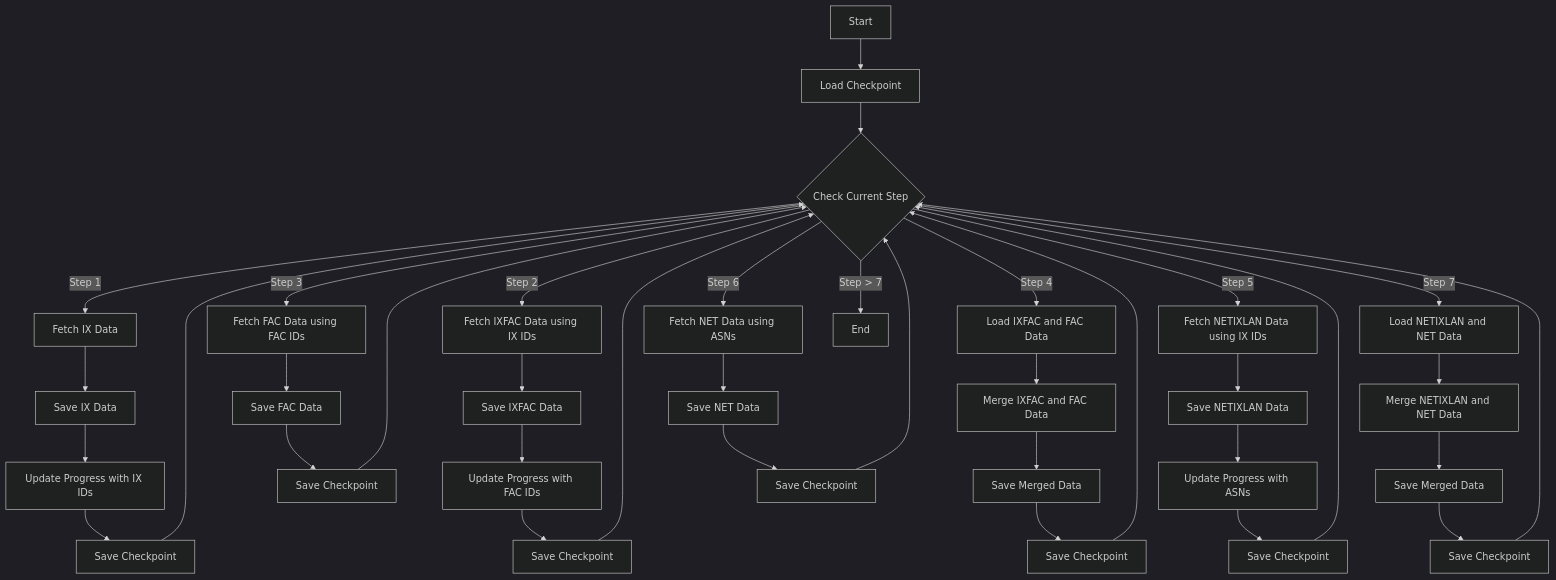
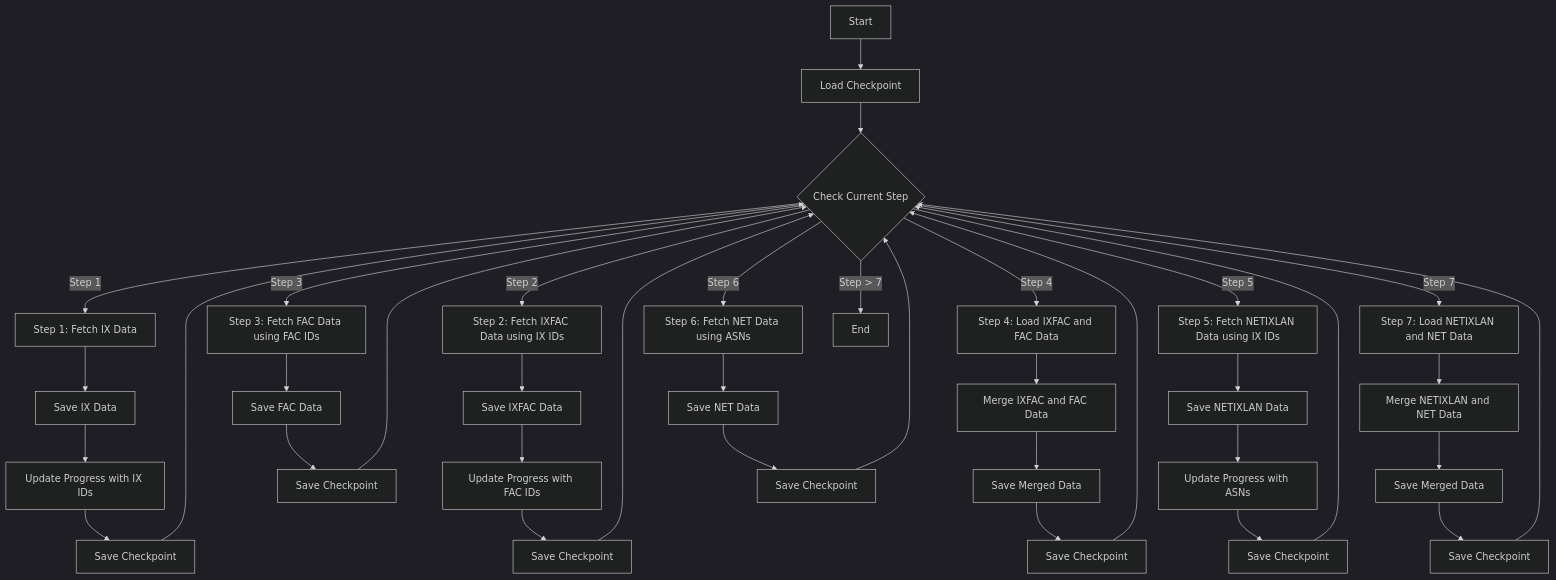
The second of 2 diagrams in PROJECT.md (ibebrasil/ix.br-network-traffic-capacity-analysis), drawn with Mermaid (dark theme) before and after one commit. The commit also changed other lines of this file, not shown here.

Commit message:
feat: Improve macro algorithm flow with detailed steps

````diff
--- a/PROJECT.md
+++ b/PROJECT.md
@@ -31,47 +41,86 @@
 ```mermaid
 graph TD
-    A[Start] --> B[Load Checkpoint]
-    B --> C{Check Current Step}
+    A[Start]
+    B[Load Checkpoint]
+    C{Check Current Step}
     
-    C -->|Step 1| D1[Fetch IX Data]
-    D1 --> E1[Save IX Data]
-    E1 --> F1[Update Progress with IX IDs]
-    F1 --> G1[Save Checkpoint]
+    D1[Step 1: Fetch IX Data]
+    E1[Save IX Data]
+    F1[Update Progress with IX IDs]
+    G1[Save Checkpoint]
+    
+    D2[Step 2: Fetch IXFAC Data using IX IDs]
+    E2[Save IXFAC Data]
+    F2[Update Progress with FAC IDs]
+    G2[Save Checkpoint]
+    
+    D3[Step 3: Fetch FAC Data using FAC IDs]
+    E3[Save FAC Data]
+    F3[Save Checkpoint]
+    
+    D4[Step 4: Load IXFAC and FAC Data]
+    E4[Merge IXFAC and FAC Data]
+    F4[Save Merged Data]
+    G4[Save Checkpoint]
+    
+    D5[Step 5: Fetch NETIXLAN Data using IX IDs]
+    E5[Save NETIXLAN Data]
+    F5[Update Progress with ASNs]
+    G5[Save Checkpoint]
+    
+    D6[Step 6: Fetch NET Data using ASNs]
+    E6[Save NET Data]
+    F6[Save Checkpoint]
+    
+    D7[Step 7: Load NETIXLAN and NET Data]
+    E7[Merge NETIXLAN and NET Data]
+    F7[Save Merged Data]
+    G7[Save Checkpoint]
+    
+    Z[End]
+
+    A --> B
+    B --> C
+    
+    C -->|Step 1| D1
+    D1 --> E1
+    E1 --> F1
+    F1 --> G1
     G1 --> C
     
-    C -->|Step 2| D2[Fetch IXFAC Data using IX IDs]
-    D2 --> E2[Save IXFAC Data]
-    E2 --> F2[Update Progress with FAC IDs]
-    F2 --> G2[Save Checkpoint]
+    C -->|Step 2| D2
+    D2 --> E2
+    E2 --> F2
+    F2 --> G2
     G2 --> C
     
-    C -->|Step 3| D3[Fetch FAC Data using FAC IDs]
-    D3 --> E3[Save FAC Data]
-    E3 --> F3[Save Checkpoint]
+    C -->|Step 3| D3
+    D3 --> E3
+    E3 --> F3
     F3 --> C
     
-    C -->|Step 4| D4[Load IXFAC and FAC Data]
-    D4 --> E4[Merge IXFAC and FAC Data]
-    E4 --> F4[Save Merged Data]
-    F4 --> G4[Save Checkpoint]
+    C -->|Step 4| D4
+    D4 --> E4
+    E4 --> F4
+    F4 --> G4
     G4 --> C
     
-    C -->|Step 5| D5[Fetch NETIXLAN Data using IX IDs]
-    D5 --> E5[Save NETIXLAN Data]
-    E5 --> F5[Update Progress with ASNs]
-    F5 --> G5[Save Checkpoint]
+    C -->|Step 5| D5
+    D5 --> E5
+    E5 --> F5
+    F5 --> G5
     G5 --> C
     
-    C -->|Step 6| D6[Fetch NET Data using ASNs]
-    D6 --> E6[Save NET Data]
-    E6 --> F6[Save Checkpoint]
+    C -->|Step 6| D6
+    D6 --> E6
+    E6 --> F6
     F6 --> C
     
-    C -->|Step 7| D7[Load NETIXLAN and NET Data]
-    D7 --> E7[Merge NETIXLAN and NET Data]
-    E7 --> F7[Save Merged Data]
-    F7 --> G7[Save Checkpoint]
+    C -->|Step 7| D7
+    D7 --> E7
+    E7 --> F7
+    F7 --> G7
     G7 --> C
     
-    C -->|Step > 7| Z[End]
+    C -->|Step > 7| Z
 ```
````
